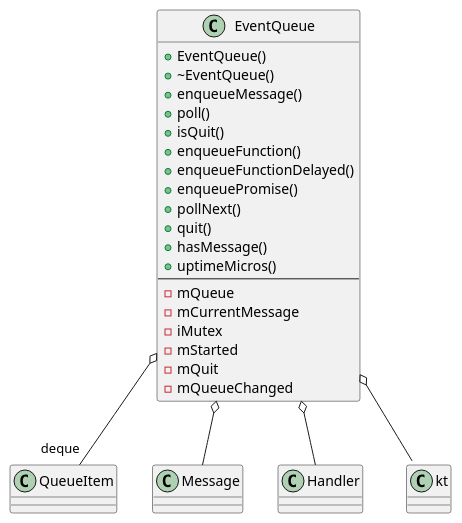
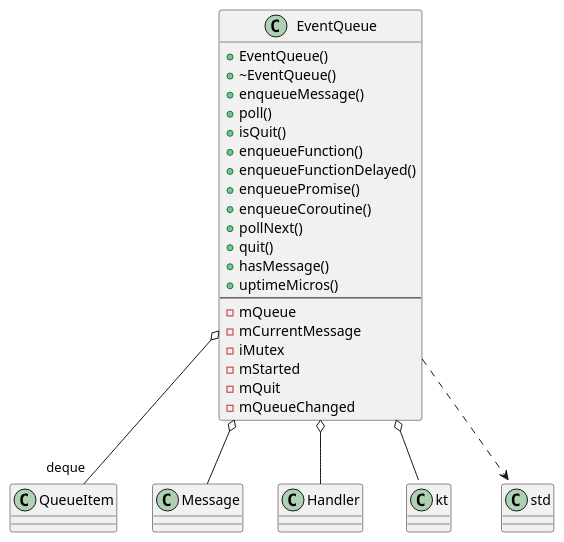
One commit to taikt/sw_task changed the fifth of 11 diagrams in doc/design/sw_task/class.puml. Above: the diagram before and after it, drawn with PlantUML. The commit also changed other lines of this file and 14 other files, not shown here.

```diff
--- a/doc/design/sw_task/class.puml
+++ b/doc/design/sw_task/class.puml
@@ -59,28 +154,30 @@
 @startuml
 class EventQueue {
     +EventQueue()
     +~EventQueue()
     +enqueueMessage()
     +poll()
     +isQuit()
     +enqueueFunction()
     +enqueueFunctionDelayed()
     +enqueuePromise()
+    +enqueueCoroutine()
     +pollNext()
     +quit()
     +hasMessage()
     +uptimeMicros()
     --
     -mQueue
     -mCurrentMessage
     -iMutex
     -mStarted
     -mQuit
     -mQueueChanged
 }
 
 EventQueue o-- "deque" QueueItem
 EventQueue o-- Message
 EventQueue o-- Handler
 EventQueue o-- kt::Promise
+EventQueue ..> std::coroutine_handle
 @enduml
```
